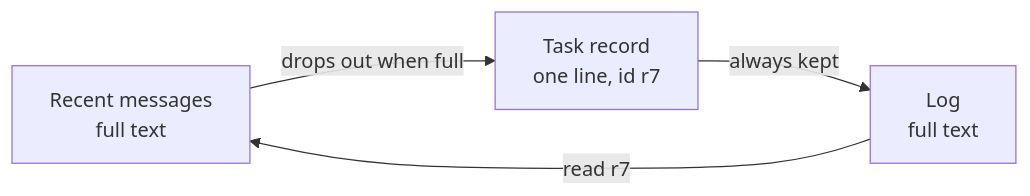
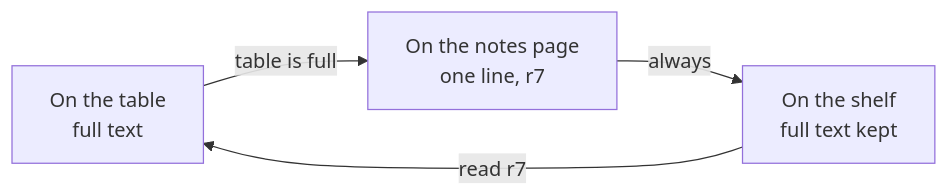
Before and after one commit to JaredTate/nerdgenie: the seventh of 8 diagrams in COEUS.md, drawn with Mermaid. The commit also changed other lines of this file and 8 other files, not shown here.

First line of the commit message:
The record in four parts, autonomous by default, one task at a time, and the library analogy

````diff
--- a/COEUS.md
+++ b/COEUS.md
@@ -246,6 +228,6 @@
 ```mermaid
 flowchart LR
-  A["Recent messages<br/>full text"] -->|"drops out when full"| B["Task record<br/>one line, id r7"]
-  B -->|"always kept"| C["Log<br/>full text"]
+  A["On the table<br/>full text"] -->|"table is full"| B["On the notes page<br/>one line, r7"]
+  B -->|"always"| C["On the shelf<br/>full text kept"]
   C -->|"read r7"| A
 ```
````
